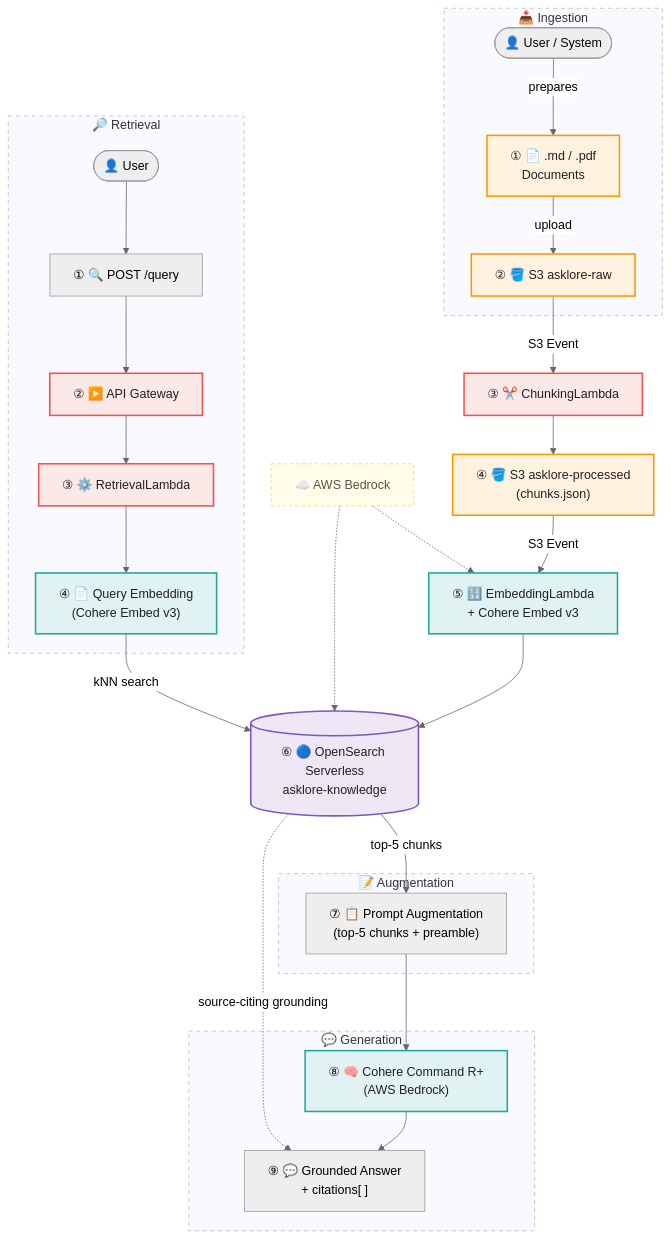
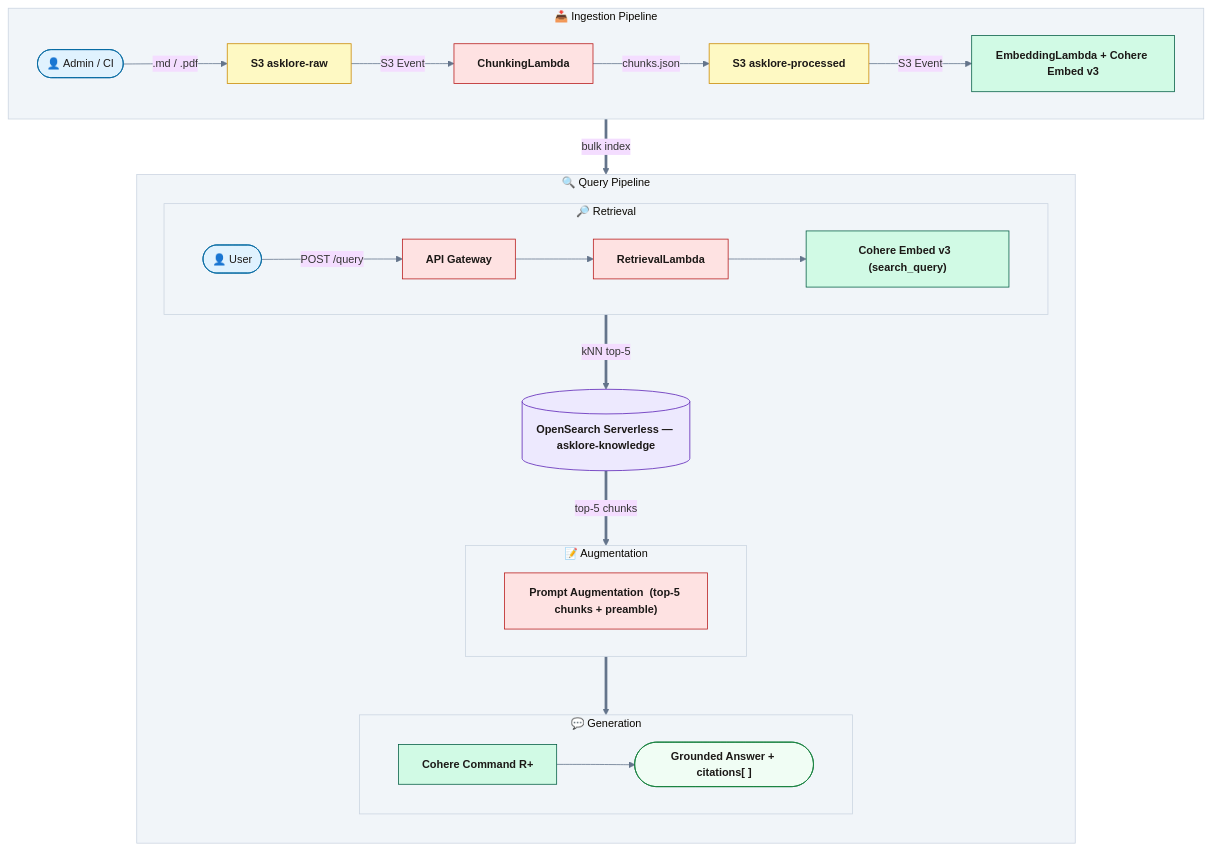
One commit to Sunilrana1978/AskLore changed the diagram in README.md. Above: the diagram before and after it, drawn with Mermaid.

Commit message:
Redesign architecture diagram for cleaner, professional look
- Switch to flowchart TB with base theme for full color control
- Nested QRY wrapper with RET/AUG/GEN sub-phases stacked TB
- ING pipeline flows LR as a clean horizontal row at top
- Remove circled step numbers and excessive emojis from node labels
- Remove floating AWS Bedrock cloud node
- Consistent color palette: yellow=S3, red=Lambda, green=Bedrock, purple=OpenSearch
- Thick arrows (==>) for main data flow; thin for internal connections

````diff
--- a/README.md
+++ b/README.md
@@ -9,55 +9,49 @@
 ```mermaid
-%%{init: {'theme': 'neutral'}}%%
-graph TB
-    classDef s3      fill:#FFF3E0,stroke:#FF9800,stroke-width:2px,color:#212121
-    classDef lambda  fill:#FBE9E7,stroke:#EF5350,stroke-width:2px,color:#212121
-    classDef bedrock fill:#E0F2F1,stroke:#26A69A,stroke-width:2px,color:#212121
-    classDef os      fill:#EDE7F6,stroke:#7E57C2,stroke-width:2px,color:#212121
-    classDef cloud   fill:#FFFDE7,stroke:#FDD835,stroke-width:1px,color:#555,stroke-dasharray:4 4
+%%{init: {'theme': 'base', 'themeVariables': {'clusterBkg': '#F1F5F9', 'clusterBorder': '#CBD5E1', 'lineColor': '#64748B', 'fontSize': '14px'}}}%%
+flowchart TB
 
-    subgraph ING["📥 Ingestion"]
-        UPLOADER(["👤 User / System"])
-        DOC["① 📄 .md / .pdf\nDocuments"]:::s3
-        RAW["② 🪣 S3 asklore-raw"]:::s3
-        UPLOADER -->|prepares| DOC -->|upload| RAW
+    classDef s3      fill:#FEF9C3,stroke:#CA8A04,color:#1C1917,font-weight:bold
+    classDef lambda  fill:#FEE2E2,stroke:#B91C1C,color:#1C1917,font-weight:bold
+    classDef bedrock fill:#D1FAE5,stroke:#065F46,color:#1C1917,font-weight:bold
+    classDef os      fill:#EDE9FE,stroke:#5B21B6,color:#1C1917,font-weight:bold
+    classDef person  fill:#E0F2FE,stroke:#0369A1,color:#1C1917
+    classDef output  fill:#F0FDF4,stroke:#15803D,color:#1C1917,font-weight:bold
+
+    subgraph ING["📥  Ingestion Pipeline"]
+        direction LR
+        UADM(["👤 Admin / CI"]):::person
+        RAWB["S3  asklore-raw"]:::s3
+        CLMB["ChunkingLambda"]:::lambda
+        PROC["S3  asklore-processed"]:::s3
+        EMBL["EmbeddingLambda + Cohere Embed v3"]:::bedrock
+        UADM -->|.md / .pdf| RAWB -->|S3 Event| CLMB -->|chunks.json| PROC -->|S3 Event| EMBL
     end
 
-    subgraph RET["🔎 Retrieval"]
-        USR(["👤 User"])
-        SRCH["① 🔍 POST /query"]
-        PLAY["② ▶️ API Gateway"]:::lambda
-        GEAR["③ ⚙️ RetrievalLambda"]:::lambda
-        RESDOC["④ 📄 Query Embedding\n(Cohere Embed v3)"]:::bedrock
-        USR --> SRCH --> PLAY --> GEAR --> RESDOC
+    subgraph QRY["🔍  Query Pipeline"]
+        direction TB
+        subgraph RET["🔎  Retrieval"]
+            direction LR
+            UQRY(["👤 User"]):::person
+            APIG["API Gateway"]:::lambda
+            RLMB["RetrievalLambda"]:::lambda
+            CEMB["Cohere Embed v3  (search_query)"]:::bedrock
+            UQRY -->|POST /query| APIG --> RLMB --> CEMB
+        end
+        OSLS[("OpenSearch Serverless — asklore-knowledge")]:::os
+        subgraph AUG["📝  Augmentation"]
+            direction LR
+            PAUG["Prompt Augmentation  (top-5 chunks + preamble)"]:::lambda
+        end
+        subgraph GEN["💬  Generation"]
+            direction LR
+            GLLM["Cohere Command R+"]:::bedrock
+            GOUT(["Grounded Answer + citations[ ]"]):::output
+            GLLM --> GOUT
+        end
+        CEMB ==>|kNN top-5| OSLS
+        OSLS ==>|top-5 chunks| PAUG
+        PAUG ==> GLLM
     end
 
-    subgraph AUG["📝 Augmentation"]
-        PA["⑦ 📋 Prompt Augmentation\n(top-5 chunks + preamble)"]
-    end
-
-    subgraph GEN["💬 Generation"]
-        LLM["⑧ 🧠 Cohere Command R+\n(AWS Bedrock)"]:::bedrock
-        FINAL["⑨ 💬 Grounded Answer\n+ citations[ ]"]
-        LLM --> FINAL
-    end
-
-    CHUNK["③ ✂️ ChunkingLambda"]:::lambda
-    PROC["④ 🪣 S3 asklore-processed\n(chunks.json)"]:::s3
-    EMBED["⑤ 🔢 EmbeddingLambda\n+ Cohere Embed v3"]:::bedrock
-    CLOUD["☁️ AWS Bedrock"]:::cloud
-    VECTOR[("⑥ 🔵 OpenSearch Serverless\nasklore-knowledge")]:::os
-
-    RAW  -->|S3 Event| CHUNK --> PROC
-    PROC -->|S3 Event| EMBED --> VECTOR
-    RESDOC -->|kNN search| VECTOR
-    VECTOR -->|top-5 chunks| PA
-    PA --> LLM
-    CLOUD -.-> EMBED
-    CLOUD -.-> VECTOR
-    VECTOR -.->|source-citing grounding| FINAL
-
-    style ING fill:#F8FAFF,stroke:#B0BEC5,stroke-width:1px,stroke-dasharray:5 5
-    style RET fill:#F8FAFF,stroke:#B0BEC5,stroke-width:1px,stroke-dasharray:5 5
-    style AUG fill:#F8FAFF,stroke:#B0BEC5,stroke-width:1px,stroke-dasharray:5 5
-    style GEN fill:#F8FAFF,stroke:#B0BEC5,stroke-width:1px,stroke-dasharray:5 5
+    EMBL ==>|bulk index| OSLS
 ```
````
